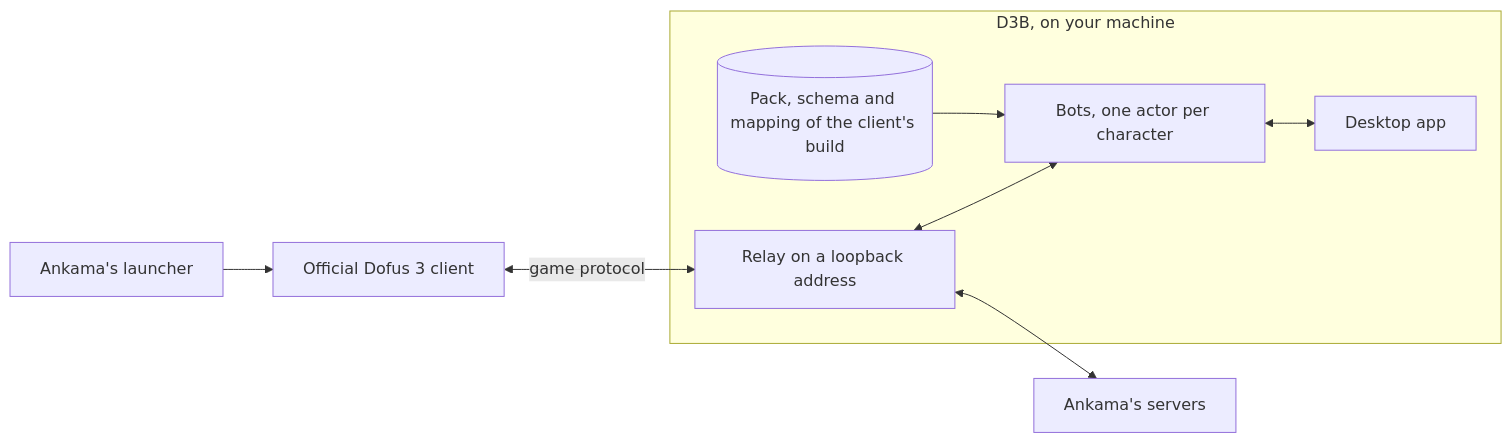
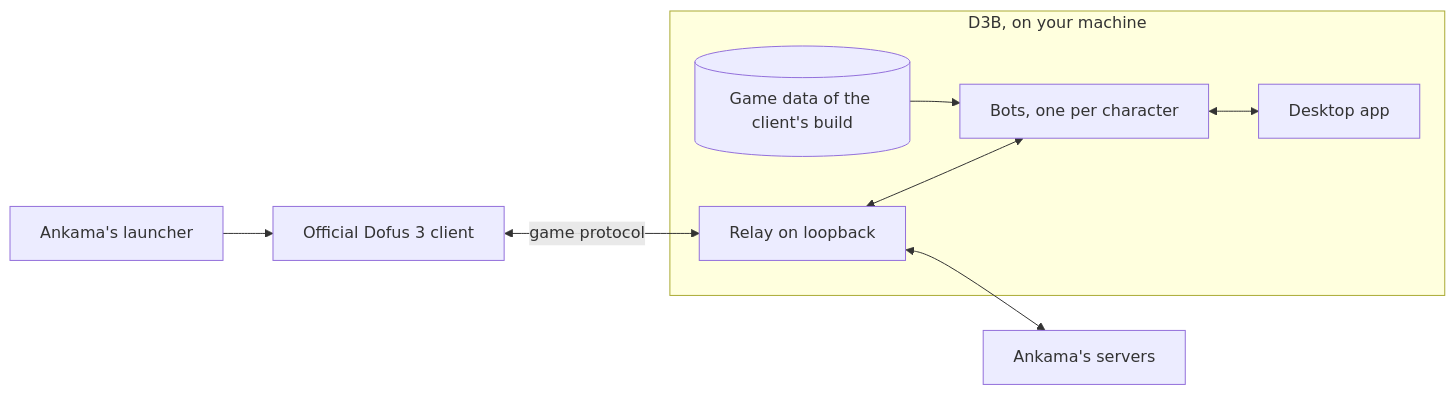
Before and after one commit to AerafalDev/D3B: the diagram in README.md, drawn with Mermaid. The commit also changed other lines of this file and 1907 other files, not shown here.

````diff
--- a/README.md
+++ b/README.md
@@ -197,11 +92,11 @@
 ```mermaid
 flowchart LR
     launcher["Ankama's launcher"] --> client["Official Dofus 3 client"]
     client <-->|game protocol| relay
     subgraph d3b ["D3B, on your machine"]
-        relay["Relay on a loopback address"] <--> bots["Bots, one actor per character"]
-        data[("Pack, schema and mapping of the client's build")] --> bots
+        relay["Relay on loopback"] <--> bots["Bots, one per character"]
+        data[("Game data of the client's build")] --> bots
         bots <--> app["Desktop app"]
     end
     relay <--> servers["Ankama's servers"]
 ```
````
